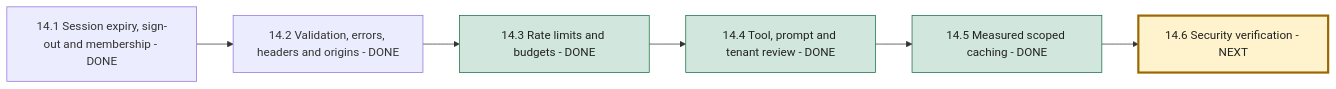
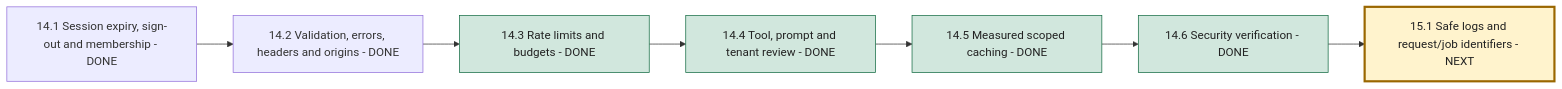
Before and after one commit to msdian0007/nexaAi: the sixth of 6 diagrams in NEXAAI_ROADMAP.md, drawn with Mermaid. The commit also changed other lines of this file and 7 other files, not shown here.

````diff
--- a/NEXAAI_ROADMAP.md
+++ b/NEXAAI_ROADMAP.md
@@ -381,12 +383,14 @@
 ```mermaid
 flowchart LR
     A[14.1 Session expiry, sign-out and membership - DONE] --> B[14.2 Validation, errors, headers and origins - DONE]
     B --> C[14.3 Rate limits and budgets - DONE]
     C --> D[14.4 Tool, prompt and tenant review - DONE]
     D --> E[14.5 Measured scoped caching - DONE]
-    E --> F[14.6 Security verification - NEXT]
+    E --> F[14.6 Security verification - DONE]
+    F --> G[15.1 Safe logs and request/job identifiers - NEXT]
     style C fill:#d1e7dd,stroke:#146c43,color:#222
     style D fill:#d1e7dd,stroke:#146c43,color:#222
     style E fill:#d1e7dd,stroke:#146c43,color:#222
-    style F fill:#fff3cd,stroke:#9a6700,stroke-width:3px,color:#222
+    style F fill:#d1e7dd,stroke:#146c43,color:#222
+    style G fill:#fff3cd,stroke:#9a6700,stroke-width:3px,color:#222
 ```
````
